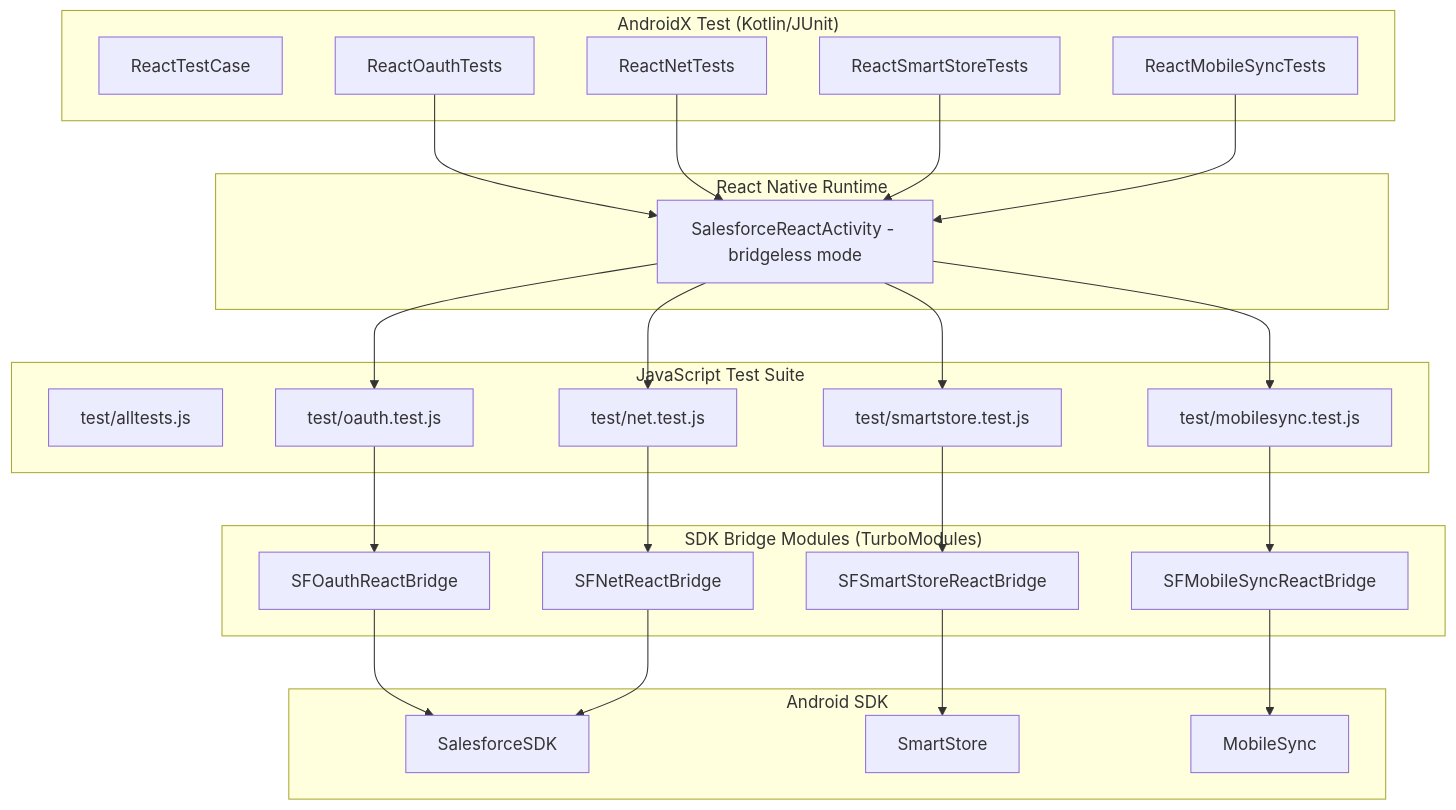
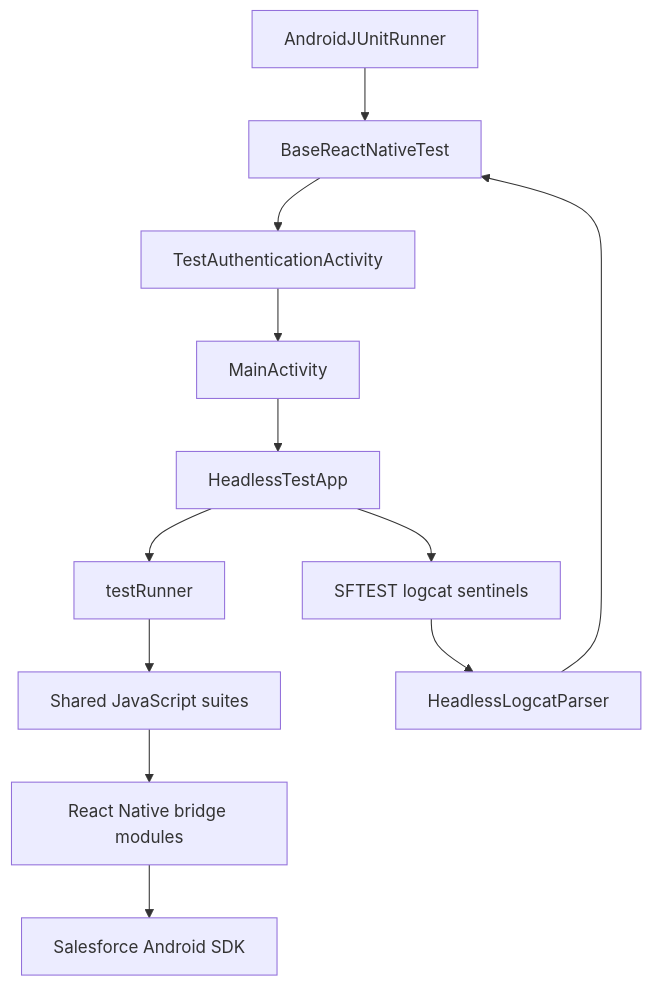
The diagram in docs/android-tests/README.md (forcedotcom/SalesforceMobileSDK-ReactNative), drawn with Mermaid before and after one commit. The commit also changed other lines of this file and 9 other files, not shown here.

First line of the commit message:
Fix Android headless test hangs (#500)

````diff
--- a/docs/android-tests/README.md
+++ b/docs/android-tests/README.md
@@ -28,55 +10,14 @@
 ```mermaid
-graph TB
-    subgraph "AndroidX Test (Kotlin/JUnit)"
-        A[ReactTestCase]
-        B[ReactOauthTests]
-        C[ReactNetTests]
-        D[ReactSmartStoreTests]
-        E[ReactMobileSyncTests]
-    end
-    
-    subgraph "React Native Runtime"
-        F[SalesforceReactActivity - bridgeless mode]
-    end
-    
-    subgraph "JavaScript Test Suite"
-        G[test/alltests.js]
-        H[test/oauth.test.js]
-        I[test/net.test.js]
-        J[test/smartstore.test.js]
-        K[test/mobilesync.test.js]
-    end
-    
-    subgraph "SDK Bridge Modules (TurboModules)"
-        L[SFOauthReactBridge]
-        M[SFNetReactBridge]
-        N[SFSmartStoreReactBridge]
-        O[SFMobileSyncReactBridge]
-    end
-    
-    subgraph "Android SDK"
-        P[SalesforceSDK]
-        Q[SmartStore]
-        R[MobileSync]
-    end
-    
-    B --> F
-    C --> F
-    D --> F
-    E --> F
-    
-    F --> H
-    F --> I
-    F --> J
-    F --> K
-    
-    H --> L
-    I --> M
-    J --> N
-    K --> O
-    
-    L --> P
-    M --> P
-    N --> Q
-    O --> R
+flowchart TD
+    A[AndroidJUnitRunner] --> B[BaseReactNativeTest]
+    B --> C[TestAuthenticationActivity]
+    C --> D[MainActivity]
+    D --> E[HeadlessTestApp]
+    E --> F[testRunner]
+    F --> G[Shared JavaScript suites]
+    G --> H[React Native bridge modules]
+    H --> I[Salesforce Android SDK]
+    E --> J[SFTEST logcat sentinels]
+    J --> K[HeadlessLogcatParser]
+    K --> B
 ```
````
